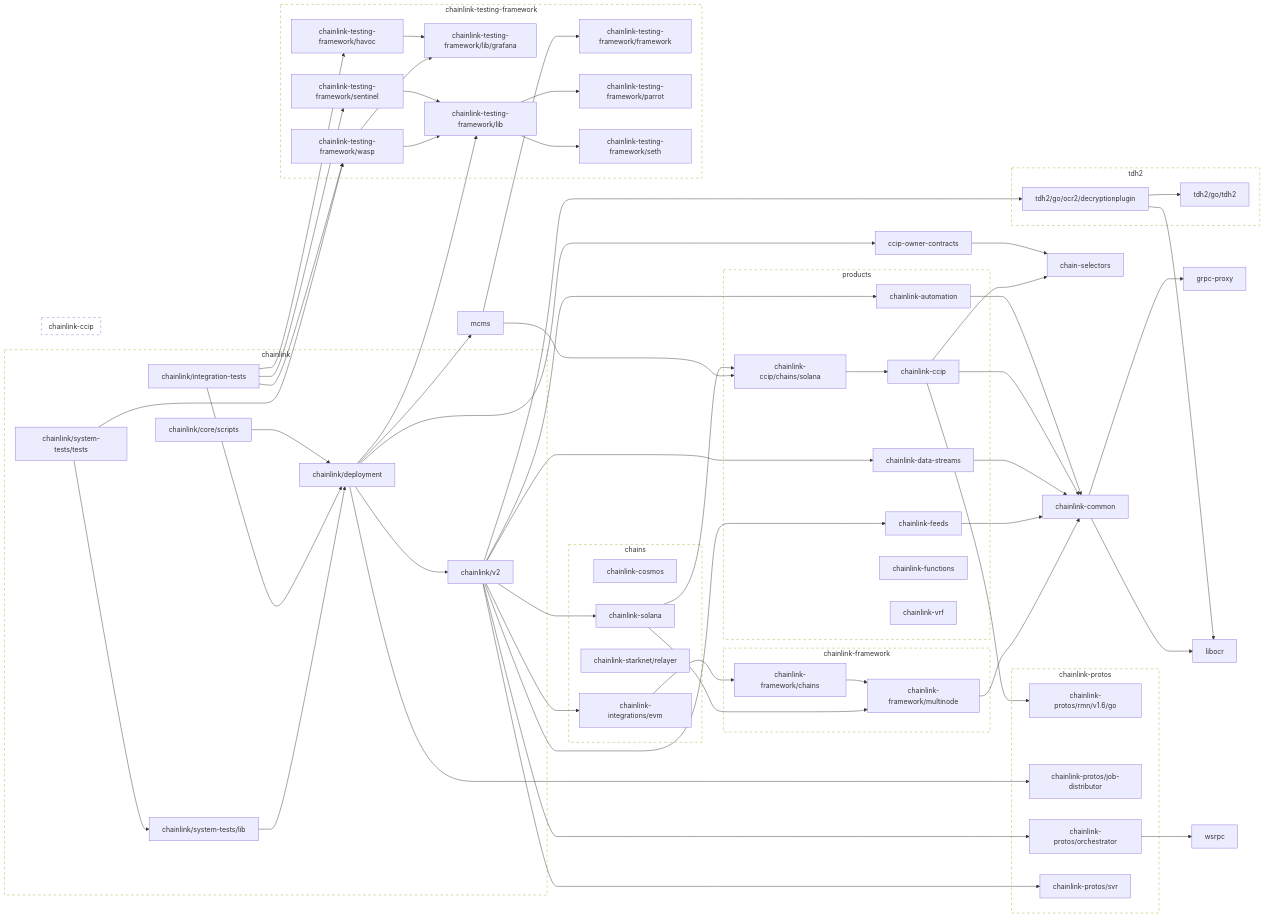
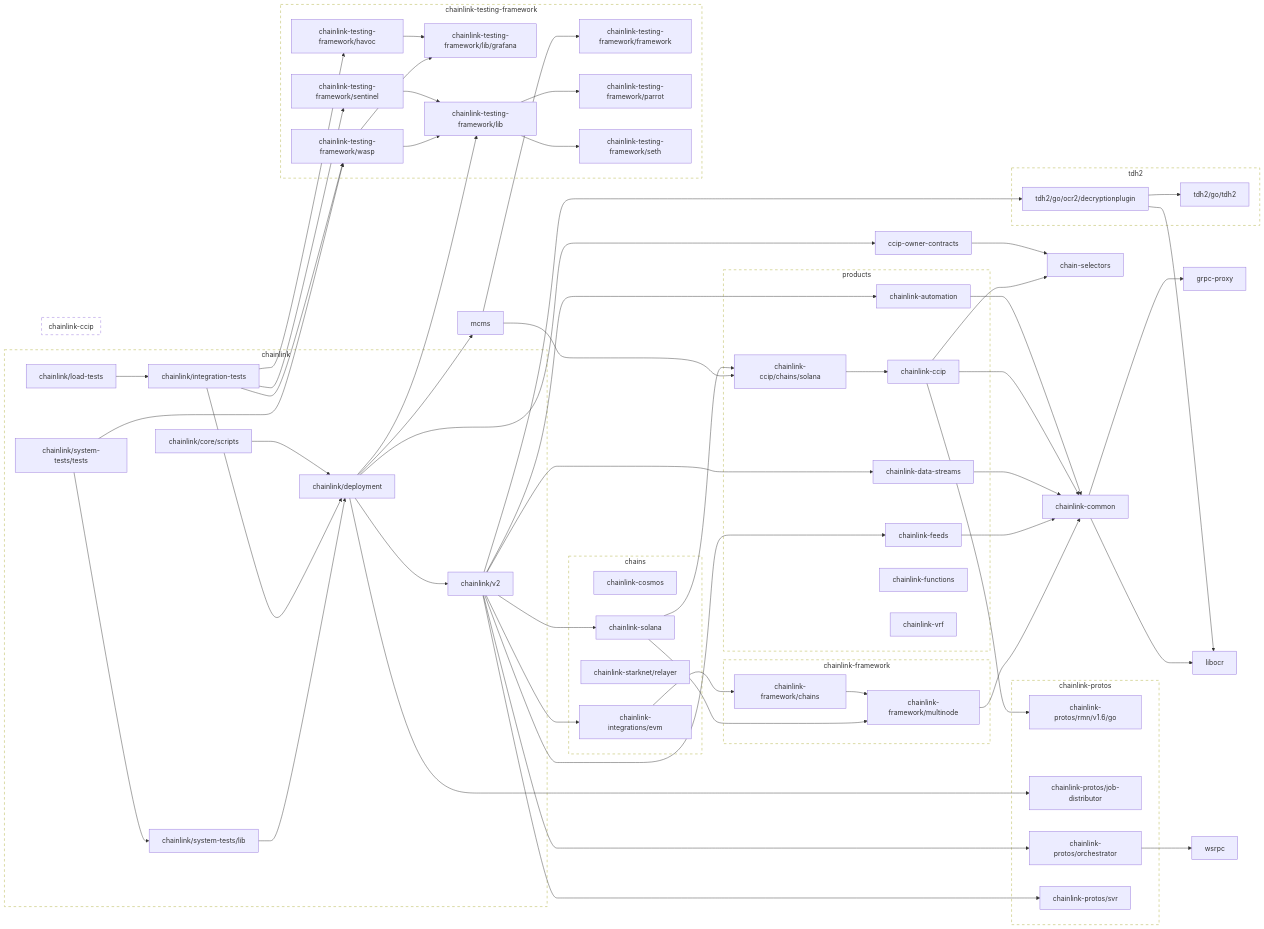
One commit to smartcontractkit/chainlink changed the second of 2 diagrams in go.md. Above: the diagram before and after it, drawn with Mermaid. The commit also changed 3 other files, not shown here.

```diff
--- a/go.md
+++ b/go.md
@@ -193,6 +193,8 @@
 	chainlink/integration-tests --> chainlink-testing-framework/wasp
 	chainlink/integration-tests --> chainlink/deployment
 	click chainlink/integration-tests href "https://github.com/smartcontractkit/chainlink"
+	chainlink/load-tests --> chainlink/integration-tests
+	click chainlink/load-tests href "https://github.com/smartcontractkit/chainlink"
 	chainlink/system-tests/lib --> chainlink/deployment
 	click chainlink/system-tests/lib href "https://github.com/smartcontractkit/chainlink"
 	chainlink/system-tests/tests --> chainlink-testing-framework/wasp
@@ -226,6 +228,7 @@
 		 chainlink/core/scripts
 		 chainlink/deployment
 		 chainlink/integration-tests
+		 chainlink/load-tests
 		 chainlink/system-tests/lib
 		 chainlink/system-tests/tests
 		 chainlink/v2
```
